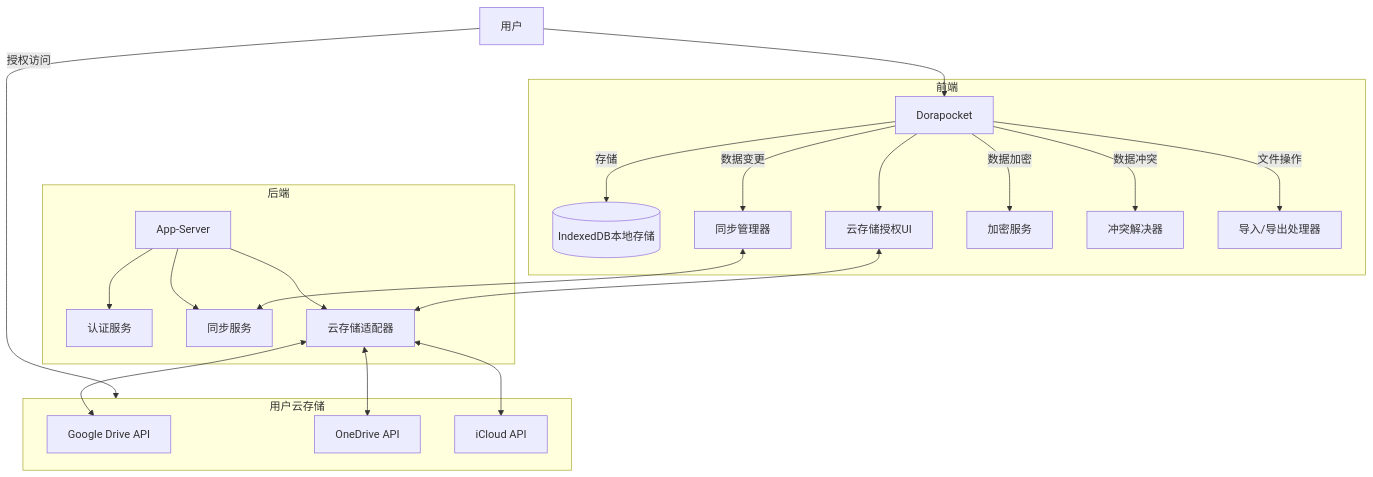
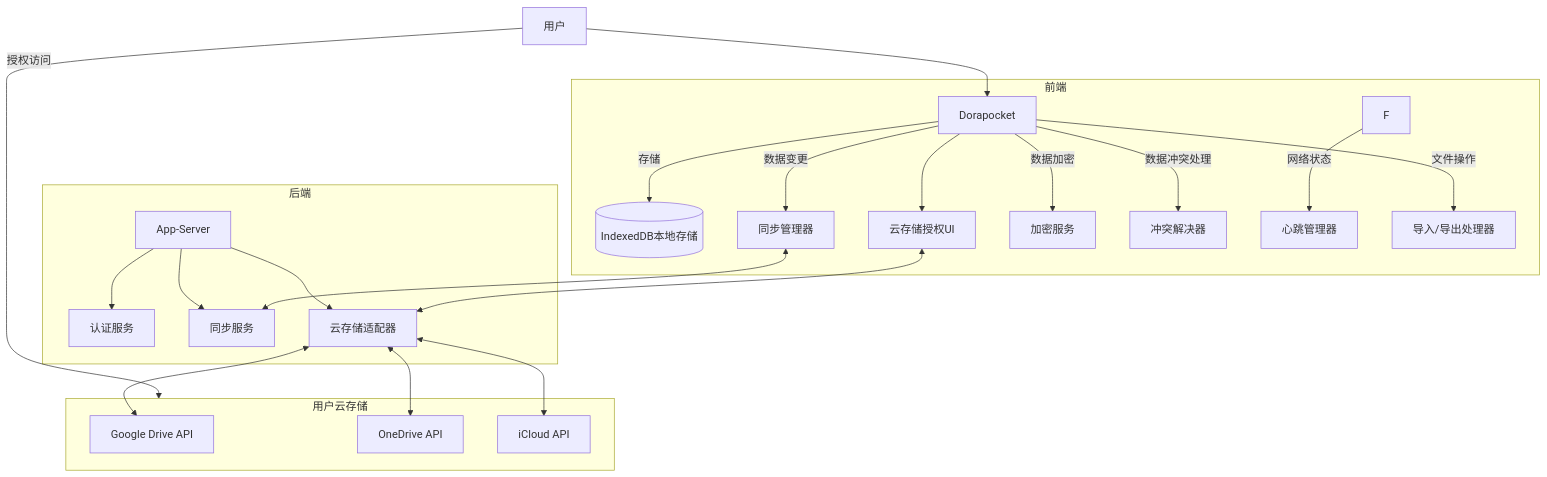
One commit to yingjianzh/iodraw-files changed the diagram in all/未命名-34.md. Above: the diagram before and after it, drawn with Mermaid.

Commit message:
2025-04-17 10:52:38 update

````diff
--- a/all/未命名-34.md
+++ b/all/未命名-34.md
@@ -1,29 +1,30 @@
 ```mermaid
 flowchart TD
     User[用户] --> FrontEnd[Dorapocket]
     
     subgraph 前端
         FrontEnd --> |存储| LocalDB[(IndexedDB本地存储)]
         FrontEnd --> |数据变更| SyncManager[同步管理器]
         FrontEnd --> CloudAuthUI[云存储授权UI]
         FrontEnd --> |数据加密| CryptoService[加密服务]
-        FrontEnd --> |数据冲突| ConflictResolver[冲突解决器]
+        FrontEnd --> |数据冲突处理| ConflictResolver[冲突解决器]
+        F -->|网络状态| I[心跳管理器]
         FrontEnd --> |文件操作| J[导入/导出处理器]
     end
     
     subgraph 后端
         AppServer[App-Server] --> AuthService[认证服务]
         AppServer --> SyncService[同步服务]
         AppServer --> CloudAdapter[云存储适配器]
     end
     
     subgraph 用户云存储
         CloudAdapter <--> GoogleDrive[Google Drive API]
         CloudAdapter <--> OneDrive[OneDrive API]
         CloudAdapter <--> iCloud[iCloud API]
     end
     
     User -- "授权访问" --> 用户云存储
     SyncManager <--> SyncService
     CloudAuthUI <--> CloudAdapter
 ```
````
